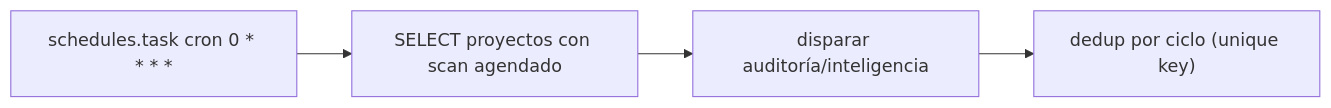
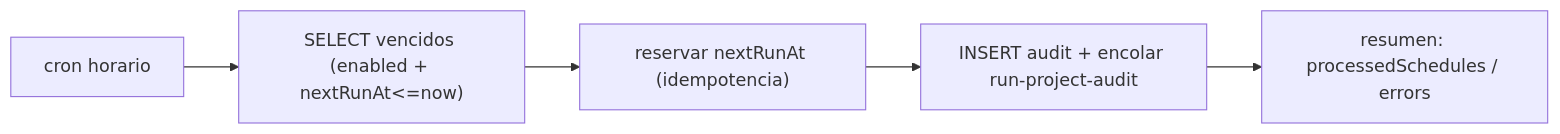
Before and after one commit to StrategicConnex/StrategicConnexAudit: the third of 3 diagrams in docs/jobs/JOB-CONTRACT-scheduled-scan.md, drawn with Mermaid. The commit also changed other lines of this file and 6 other files, not shown here.

````diff
--- a/docs/jobs/JOB-CONTRACT-scheduled-scan.md
+++ b/docs/jobs/JOB-CONTRACT-scheduled-scan.md
@@ -144,6 +164,7 @@
 ```mermaid
 flowchart LR
-    TD["schedules.task cron 0 * * * *"] --> Q["SELECT proyectos con scan agendado"]
-    Q --> DISP["disparar auditoría/inteligencia"]
-    DISP --> DEDUP["dedup por ciclo (unique key)"]
+    TD["cron horario"] --> Q["SELECT vencidos (enabled + nextRunAt<=now)"]
+    Q --> RES["reservar nextRunAt (idempotencia)"]
+    RES --> AUD["INSERT audit + encolar run-project-audit"]
+    AUD --> SUM["resumen: processedSchedules / errors"]
 ```
````
